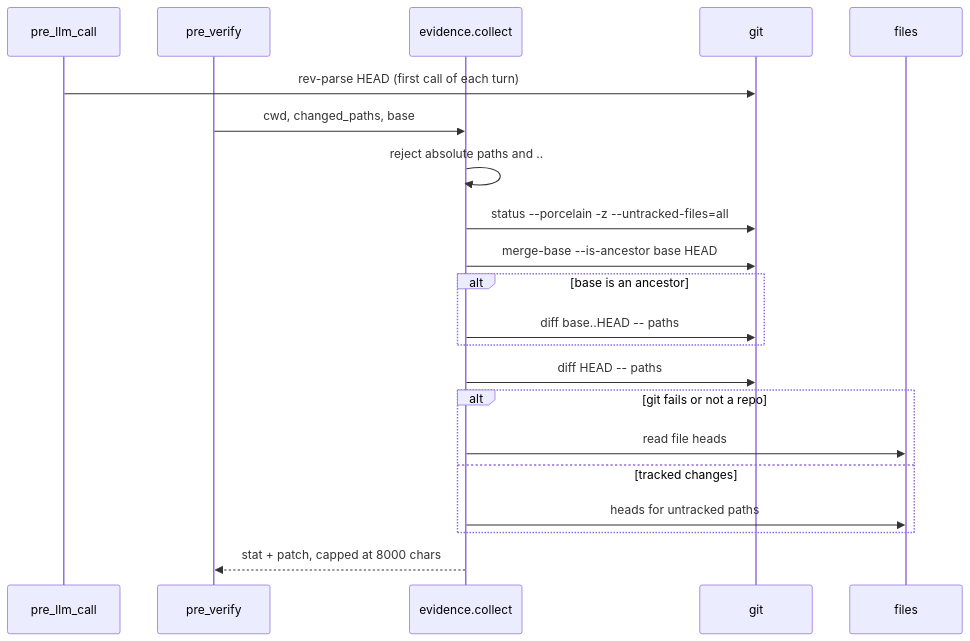
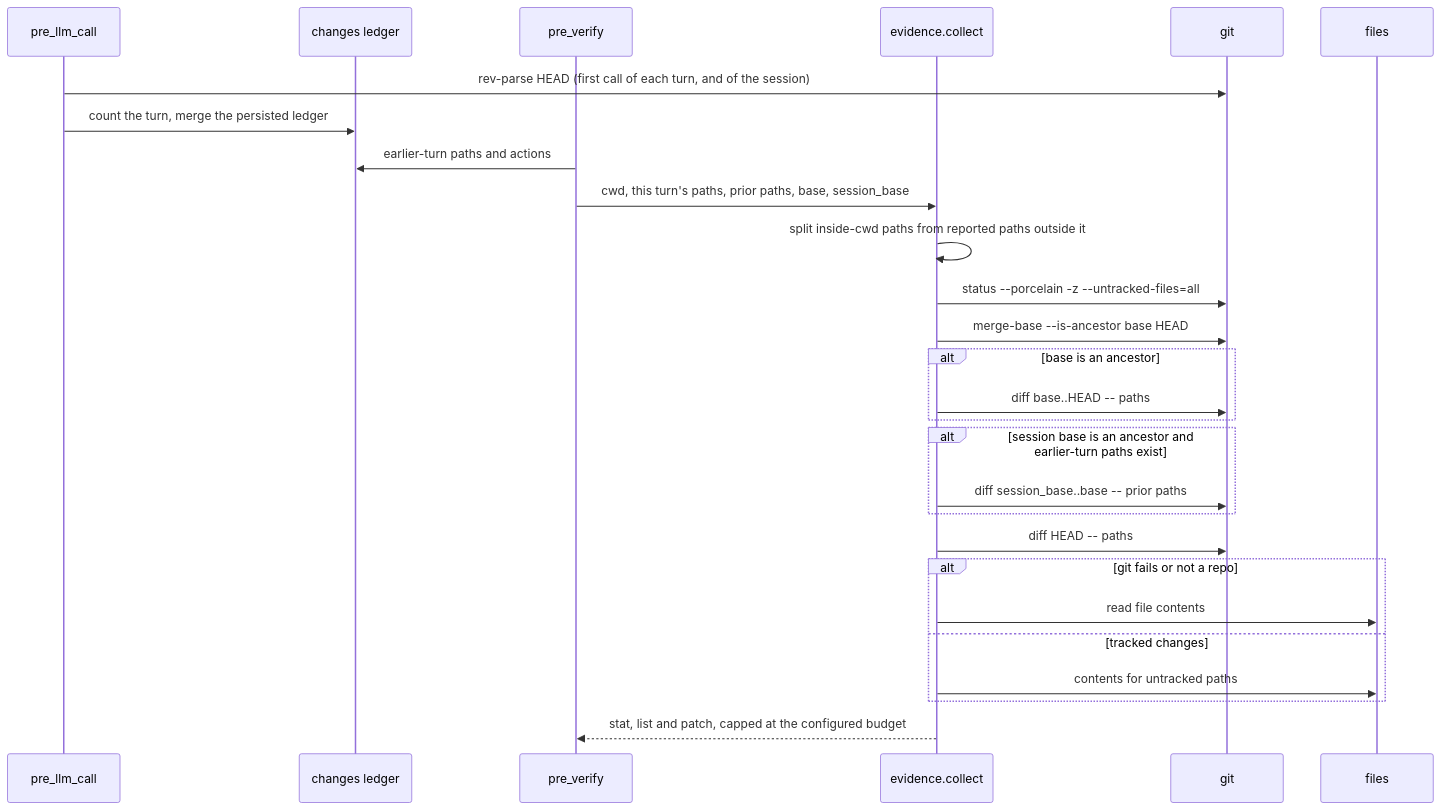
The second of 2 diagrams in docs/wiki/delivery-and-evidence.md (Printaga/Hermes-Coach), drawn with Mermaid before and after one commit. The commit also changed other lines of this file and 30 other files, not shown here.

````diff
--- a/docs/wiki/delivery-and-evidence.md
+++ b/docs/wiki/delivery-and-evidence.md
@@ -75,23 +75,29 @@
 ```mermaid
 sequenceDiagram
   participant P as pre_llm_call
+  participant L as changes ledger
   participant H as pre_verify
   participant E as evidence.collect
   participant G as git
   participant F as files
-  P->>G: rev-parse HEAD (first call of each turn)
-  H->>E: cwd, changed_paths, base
-  E->>E: reject absolute paths and ..
+  P->>G: rev-parse HEAD (first call of each turn, and of the session)
+  P->>L: count the turn, merge the persisted ledger
+  H->>L: earlier-turn paths and actions
+  H->>E: cwd, this turn's paths, prior paths, base, session_base
+  E->>E: split inside-cwd paths from reported paths outside it
   E->>G: status --porcelain -z --untracked-files=all
   E->>G: merge-base --is-ancestor base HEAD
   alt base is an ancestor
     E->>G: diff base..HEAD -- paths
   end
+  alt session base is an ancestor and earlier-turn paths exist
+    E->>G: diff session_base..base -- prior paths
+  end
   E->>G: diff HEAD -- paths
   alt git fails or not a repo
-    E->>F: read file heads
+    E->>F: read file contents
   else tracked changes
-    E->>F: heads for untracked paths
+    E->>F: contents for untracked paths
   end
-  E-->>H: stat + patch, capped at 8000 chars
+  E-->>H: stat, list and patch, capped at the configured budget
 ```
````
